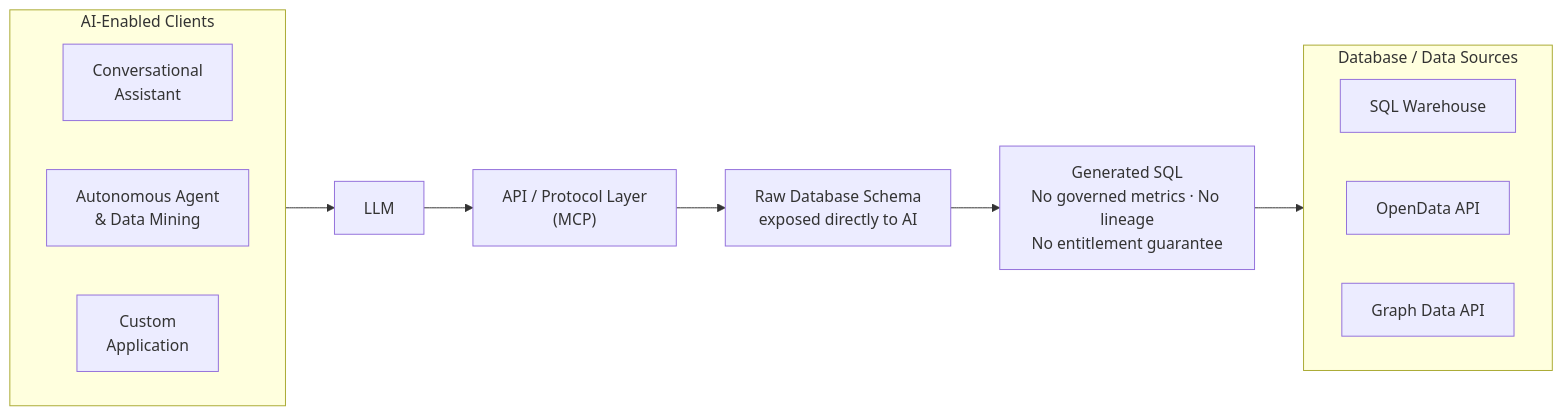
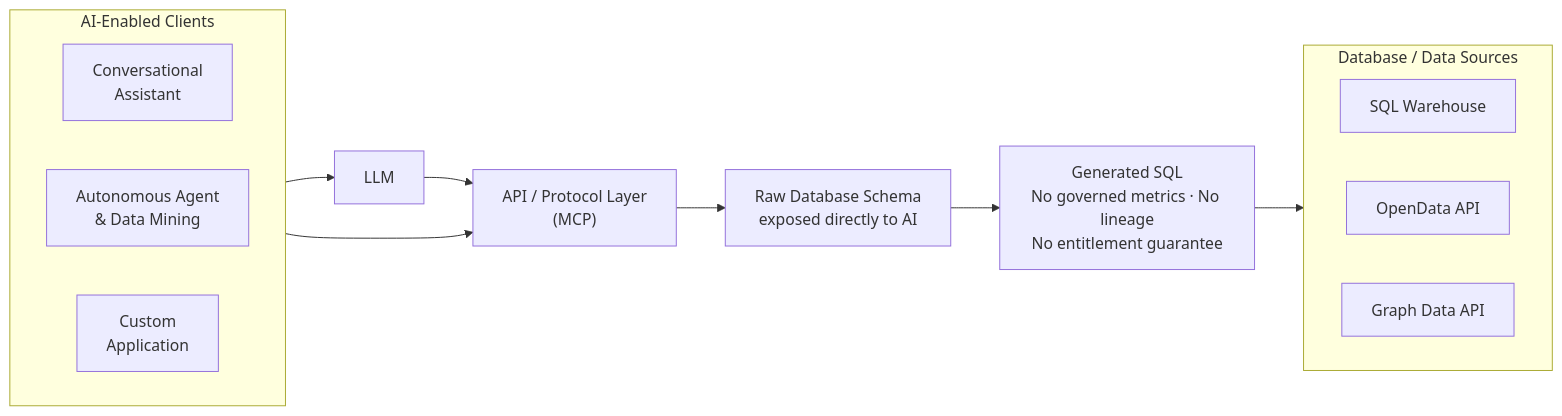
The first of 2 diagrams in docs/product/analytics/00-overview.md (M-A-Operating-System/shared-work), drawn with Mermaid before and after one commit. The commit also changed other lines of this file, not shown here.

Commit message:
docs(analytics): show AI clients connecting to both LLM and MCP in both diagrams
Both diagrams now show: clients → LLM (conversational path) and clients → MCP (direct agent/application path), with LLM → MCP completing the conversational flow. Reflects that agents and custom apps bypass the LLM and talk directly to the MCP layer.

https://claude.ai/code/session_012QCrGCsT9RdYkxWu5xzNAh

````diff
--- a/docs/product/analytics/00-overview.md
+++ b/docs/product/analytics/00-overview.md
@@ -114,24 +114,25 @@
 ```mermaid
 flowchart LR
     subgraph clients["AI-Enabled Clients"]
         direction LR
         C1["Conversational\nAssistant"]
         C2["Autonomous Agent\n& Data Mining"]
         C3["Custom\nApplication"]
     end
     L["LLM"]
     M["API / Protocol Layer\n(MCP)"]
     T1["Raw Database Schema\nexposed directly to AI"]
     T2["Generated SQL\nNo governed metrics · No lineage\nNo entitlement guarantee"]
     subgraph data["Database / Data Sources"]
         direction LR
         D1["SQL Warehouse"]
         D2["OpenData API"]
         D3["Graph Data API"]
     end
     clients --> L
+    clients --> M
     L --> M
     M --> T1
     T1 --> T2
     T2 --> data
 ```
````
